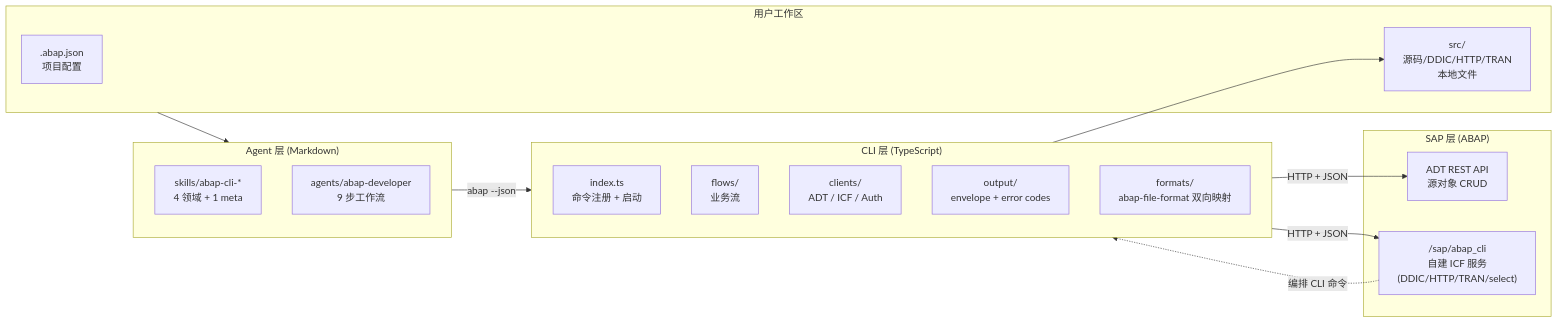
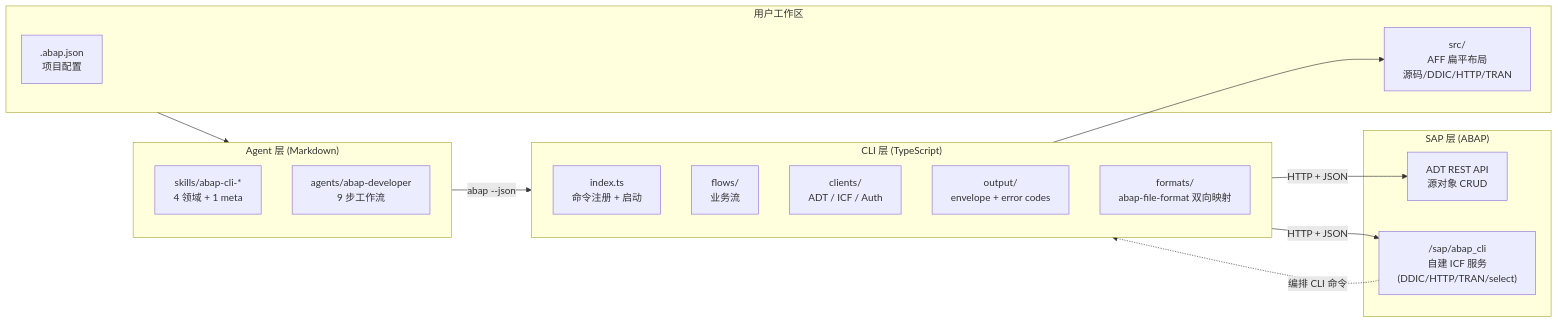
One commit to chunrichi/abap-cli changed the first of 7 diagrams in wiki/architecture-diagrams.md. Above: the diagram before and after it, drawn with Mermaid. The commit also changed other lines of this file and 225 other files, not shown here.

````diff
--- a/wiki/architecture-diagrams.md
+++ b/wiki/architecture-diagrams.md
@@ -14,32 +14,32 @@
 ```mermaid
 flowchart LR
   subgraph User["用户工作区"]
     A[".abap.json<br/>项目配置"]
-    Src["src/<br/>源码/DDIC/HTTP/TRAN<br/>本地文件"]
+    Src["src/<br/>AFF 扁平布局<br/>源码/DDIC/HTTP/TRAN"]
   end
 
   subgraph Agent["Agent 层 (Markdown)"]
     Skill["skills/abap-cli-*<br/>4 领域 + 1 meta"]
     Agent2["agents/abap-developer<br/>9 步工作流"]
   end
 
   subgraph CLI["CLI 层 (TypeScript)"]
     Index["index.ts<br/>命令注册 + 启动"]
     Flows["flows/<br/>业务流"]
     Clients["clients/<br/>ADT / ICF / Auth"]
     Output["output/<br/>envelope + error codes"]
     Formats["formats/<br/>abap-file-format 双向映射"]
   end
 
   subgraph SAP["SAP 层 (ABAP)"]
     ADT["ADT REST API<br/>源对象 CRUD"]
     ICF["/sap/abap_cli<br/>自建 ICF 服务<br/>(DDIC/HTTP/TRAN/select)"]
   end
 
   User --> Agent
   Agent -->|"`abap <cmd> --json`"| CLI
   CLI -->|"HTTP + JSON"| ADT
   CLI -->|"HTTP + JSON"| ICF
   CLI --> Src
   ICF -.->|"编排 CLI 命令"| CLI
 ```
````
